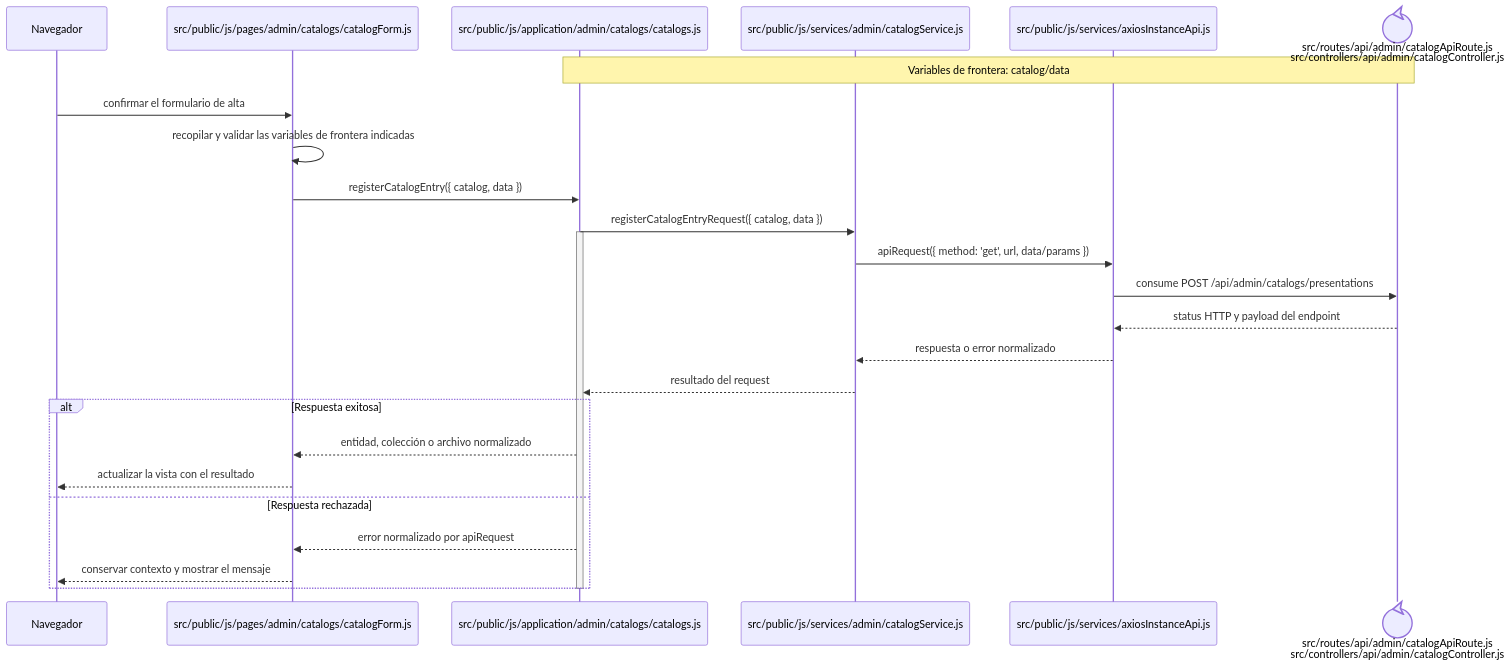
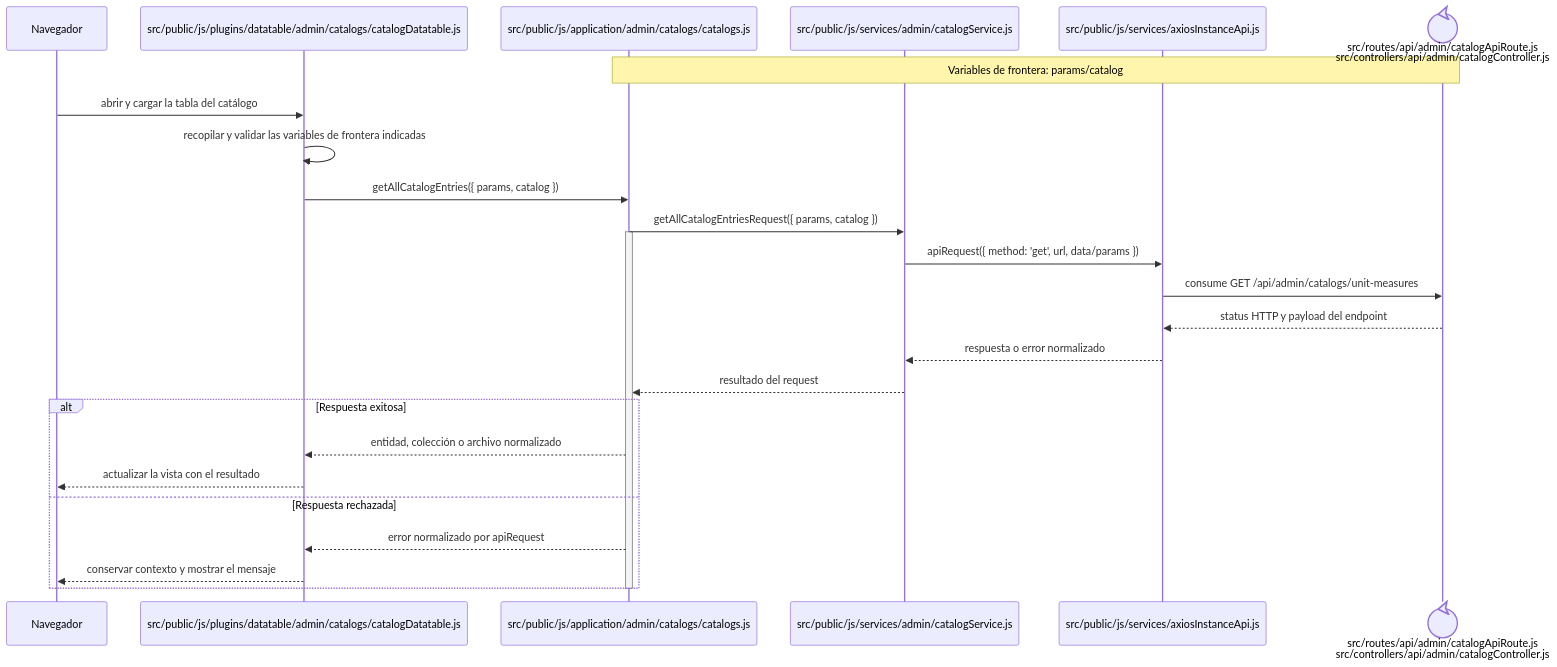
The diagram in docs/architecture/frontend-code-sequences/catalogs/cu-cat-34.md (gpgsistemas01/nexus), drawn with Mermaid before and after one commit. The commit also changed other lines of this file and 207 other files, not shown here.

````diff
--- a/docs/architecture/frontend-code-sequences/catalogs/cu-cat-34.md
+++ b/docs/architecture/frontend-code-sequences/catalogs/cu-cat-34.md
@@ -6,29 +6,29 @@
 ```mermaid
 sequenceDiagram
     participant Browser as Navegador
-    participant View as src/public/js/pages/admin/catalogs/catalogForm.js
+    participant View as src/public/js/plugins/datatable/admin/catalogs/catalogDatatable.js
     participant Application as src/public/js/application/admin/catalogs/catalogs.js
     participant Request as src/public/js/services/admin/catalogService.js
     participant HTTP as src/public/js/services/axiosInstanceApi.js
     participant Transport@{ "type": "control" } as src/routes/api/admin/catalogApiRoute.js<br/>src/controllers/api/admin/catalogController.js
-    Note over Application,Transport: Variables de frontera: catalog/data
+    Note over Application,Transport: Variables de frontera: params/catalog
 
-    Browser->>View: confirmar el formulario de alta
+    Browser->>View: abrir y cargar la tabla del catálogo
     View->>View: recopilar y validar las variables de frontera indicadas
-    View->>Application: registerCatalogEntry({ catalog, data })
-    Application->>Request: registerCatalogEntryRequest({ catalog, data })
+    View->>Application: getAllCatalogEntries({ params, catalog })
+    Application->>Request: getAllCatalogEntriesRequest({ params, catalog })
     activate Application
     Request->>HTTP: apiRequest({ method: 'get', url, data/params })
-    HTTP->>Transport: consume POST /api/admin/catalogs/presentations
+    HTTP->>Transport: consume GET /api/admin/catalogs/unit-measures
     Transport-->>HTTP: status HTTP y payload del endpoint
     HTTP-->>Request: respuesta o error normalizado
     Request-->>Application: resultado del request
     alt Respuesta exitosa
         Application-->>View: entidad, colección o archivo normalizado
         View-->>Browser: actualizar la vista con el resultado
     else Respuesta rechazada
         Application-->>View: error normalizado por apiRequest
         View-->>Browser: conservar contexto y mostrar el mensaje
     end
     deactivate Application
 ```
````
